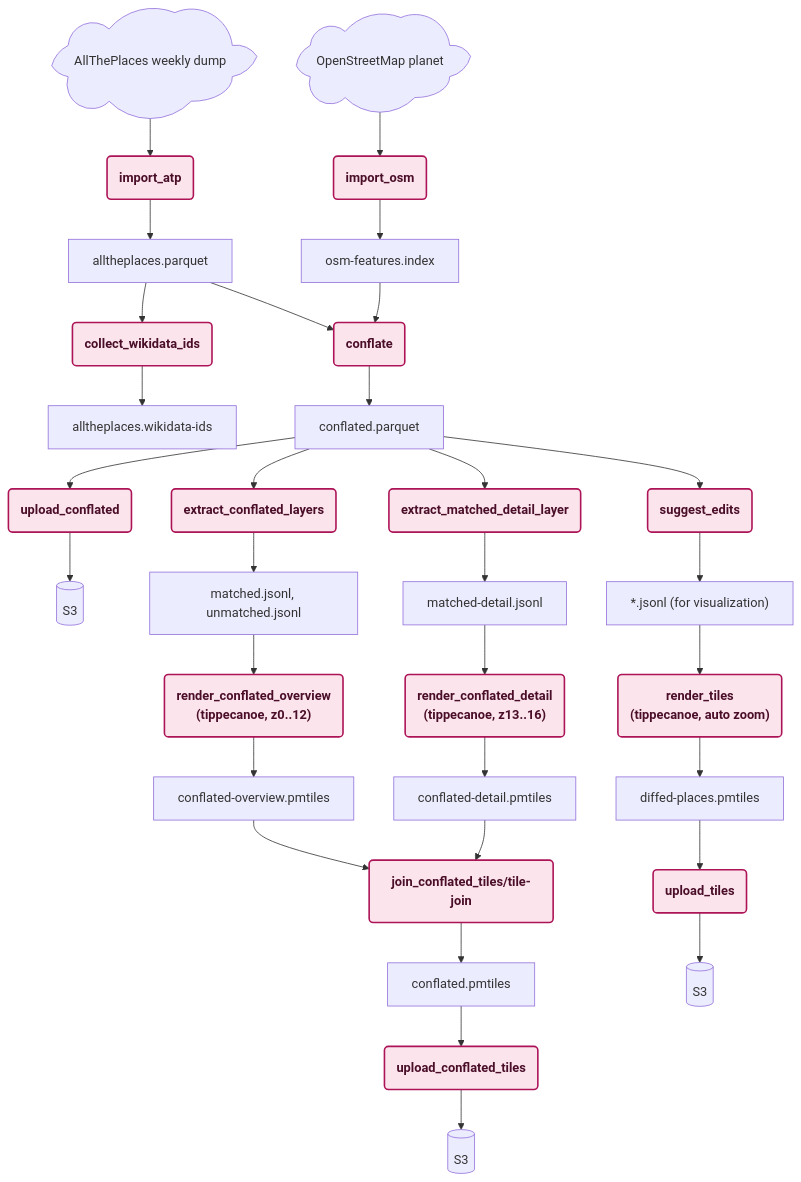
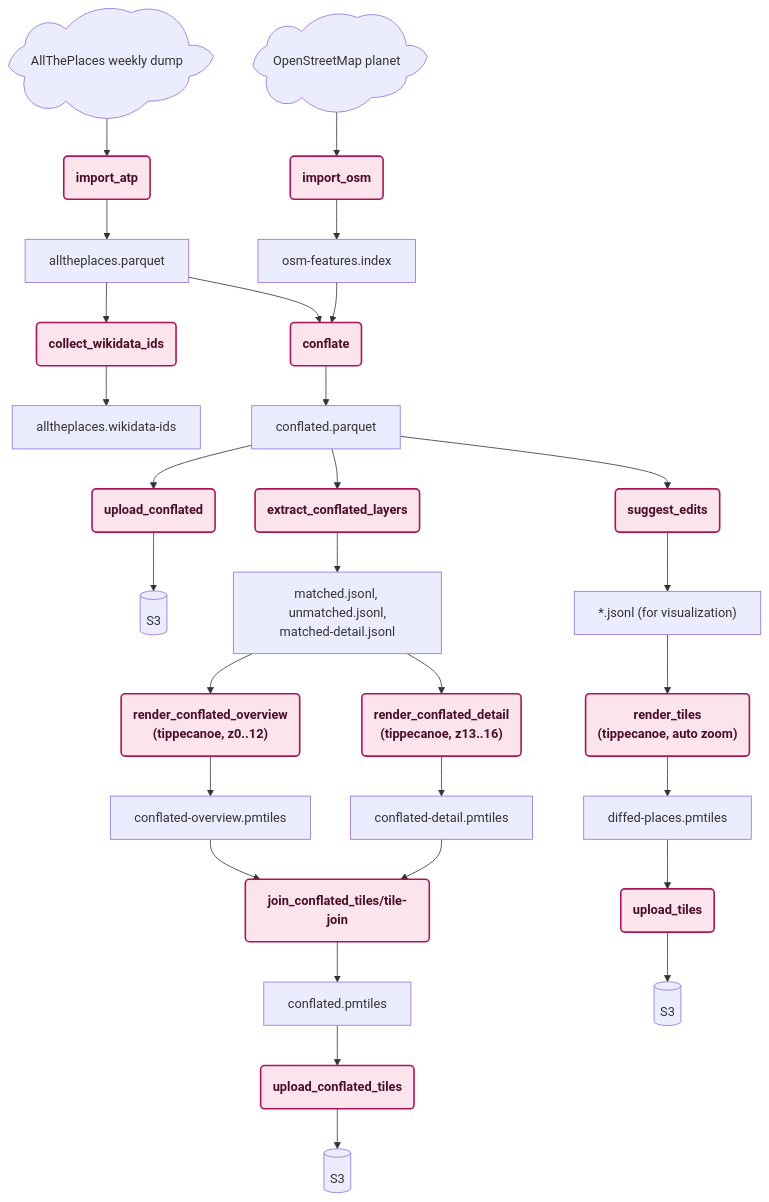
The diagram in docs/TECHNICAL_DESIGN.md (alltheplaces/osm-diffs), drawn with Mermaid before and after one commit. The commit also changed other lines of this file and 2 other files, not shown here.

````diff
--- a/docs/TECHNICAL_DESIGN.md
+++ b/docs/TECHNICAL_DESIGN.md
@@ -177,31 +177,30 @@
 ```mermaid
 graph TD
     ATP_SRC@{ shape: cloud, label: "AllThePlaces weekly dump" }
     OSM_SRC@{ shape: cloud, label: "OpenStreetMap planet" }
 
     ATP_SRC --> IMPORT_ATP(import_atp) --> ATP_PARQUET[alltheplaces.parquet]
     ATP_PARQUET --> COLLECT_WIKI(collect_wikidata_ids) --> WIKIDATA[alltheplaces.wikidata-ids]
 
     OSM_SRC --> IMPORT_OSM(import_osm) --> OSM_INDEX[osm-features.index]
 
     ATP_PARQUET --> CONFLATE(conflate)
     OSM_INDEX --> CONFLATE
     CONFLATE --> CONFLATED[conflated.parquet]
     CONFLATED --> UPLOAD_CONFLATED(upload_conflated) --> S3A[(S3)]
 
-    CONFLATED --> EXTRACT_CONFLATED_LAYERS(extract_conflated_layers) --> CONFLATED_LAYERS["matched.jsonl, unmatched.jsonl"]
+    CONFLATED --> EXTRACT_CONFLATED_LAYERS(extract_conflated_layers) --> CONFLATED_LAYERS["matched.jsonl, unmatched.jsonl,<br/>matched-detail.jsonl"]
     CONFLATED_LAYERS --> RENDER_CONFLATED_OVERVIEW("render_conflated_overview<br/>(tippecanoe, z0..12)") --> OVERVIEW_PMTILES[conflated-overview.pmtiles]
-    CONFLATED --> EXTRACT_DETAIL(extract_matched_detail_layer) --> DETAIL_LAYER[matched-detail.jsonl]
-    DETAIL_LAYER --> RENDER_CONFLATED_DETAIL("render_conflated_detail<br/>(tippecanoe, z13..16)") --> DETAIL_PMTILES[conflated-detail.pmtiles]
+    CONFLATED_LAYERS --> RENDER_CONFLATED_DETAIL("render_conflated_detail<br/>(tippecanoe, z13..16)") --> DETAIL_PMTILES[conflated-detail.pmtiles]
     OVERVIEW_PMTILES --> JOIN_CONFLATED_TILES(join_conflated_tiles/tile-join)
     DETAIL_PMTILES --> JOIN_CONFLATED_TILES
     JOIN_CONFLATED_TILES --> CONFLATED_PMTILES[conflated.pmtiles]
     CONFLATED_PMTILES --> UPLOAD_CONFLATED_TILES(upload_conflated_tiles) --> S3C[(S3)]
 
     CONFLATED --> SUGGEST_EDITS(suggest_edits) --> LAYERS["*.jsonl (for visualization)"]
     LAYERS --> RENDER_TILES("render_tiles<br/>(tippecanoe, auto zoom)") --> PMTILES[diffed-places.pmtiles]
     PMTILES --> UPLOAD_TILES(upload_tiles) --> S3B[(S3)]
 
     classDef process fill:#fce4ec,stroke:#ad1457,stroke-width:2px,color:#4a0e28,font-weight:bold;
-    class IMPORT_ATP,COLLECT_WIKI,IMPORT_OSM,CONFLATE,UPLOAD_CONFLATED,EXTRACT_CONFLATED_LAYERS,RENDER_CONFLATED_OVERVIEW,EXTRACT_DETAIL,RENDER_CONFLATED_DETAIL,JOIN_CONFLATED_TILES,UPLOAD_CONFLATED_TILES,SUGGEST_EDITS,RENDER_TILES,UPLOAD_TILES process;
+    class IMPORT_ATP,COLLECT_WIKI,IMPORT_OSM,CONFLATE,UPLOAD_CONFLATED,EXTRACT_CONFLATED_LAYERS,RENDER_CONFLATED_OVERVIEW,RENDER_CONFLATED_DETAIL,JOIN_CONFLATED_TILES,UPLOAD_CONFLATED_TILES,SUGGEST_EDITS,RENDER_TILES,UPLOAD_TILES process;
 ```
````
